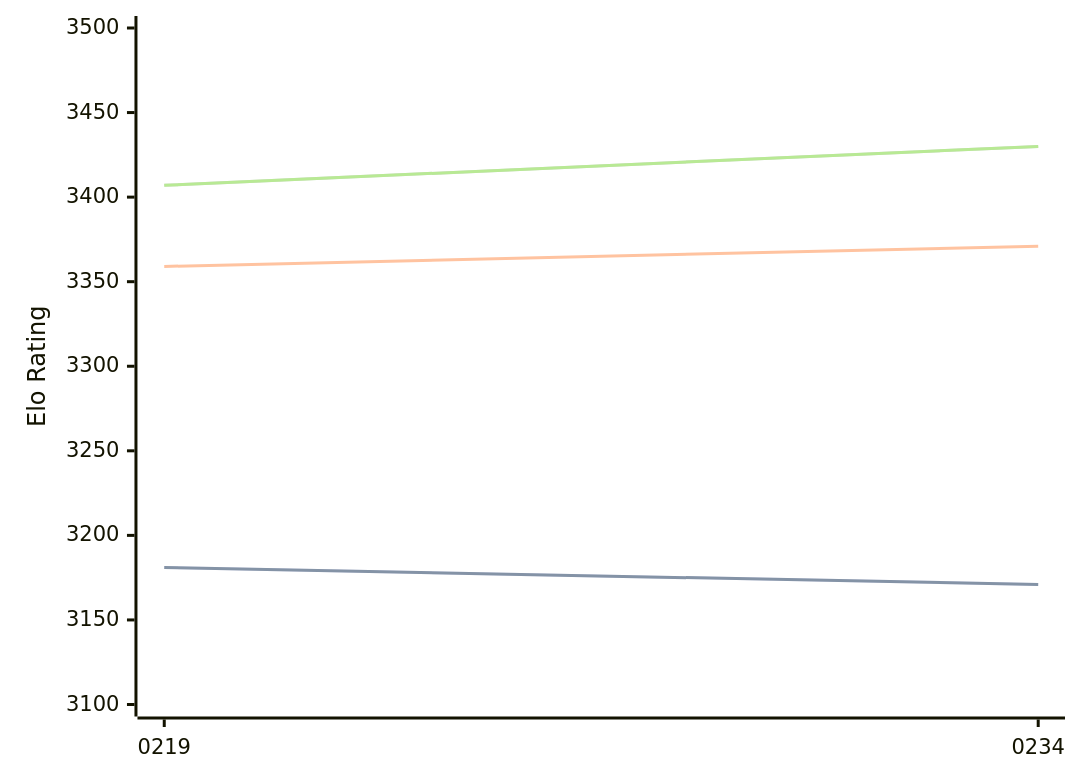
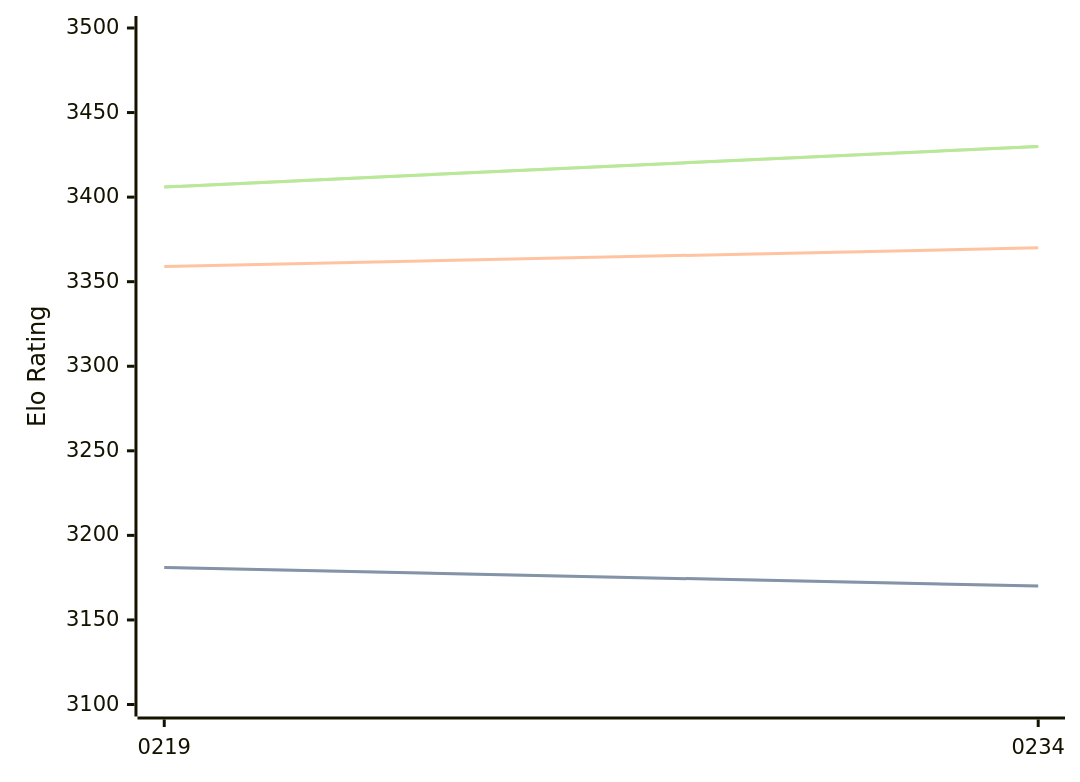
Before and after one commit to computer-chess-index/cci: the diagram in engines/Ynode.md, drawn with Mermaid. The commit also changed other lines of this file, not shown here.

Commit message:
Update CCI Ratings (ELO VLTC) - 2026-04-21

````diff
--- a/engines/Ynode.md
+++ b/engines/Ynode.md
@@ -39,11 +39,11 @@
 ```mermaid
 %%{init: {"theme":"base","themeVariables":{"seriesColors:['#a3a3a3','#222221','#faa371']}}}%%
 xychart-beta
   x-axis ["0219", "0234"]
   y-axis "Elo Rating" 3100 --> 3500
-  line "STC (8.0+0.08s)" [3181, 3171]
-  line "STC (8.0+0.08s)" [3181, 3171]
-  line "LTC (60.0+0.60s)" [3359, 3371]
-  line "VLTC (2m24s+1.12s)" [3407, 3430]
-  line "VLTC (2m24s+1.12s)" [3407, 3430]
+  line "STC (8.0+0.08s)" [3181, 3170]
+  line "STC (8.0+0.08s)" [3181, 3170]
+  line "LTC (60.0+0.60s)" [3359, 3370]
+  line "VLTC (2m24s+1.12s)" [3406, 3430]
+  line "VLTC (2m24s+1.12s)" [3406, 3430]
 ```
````
